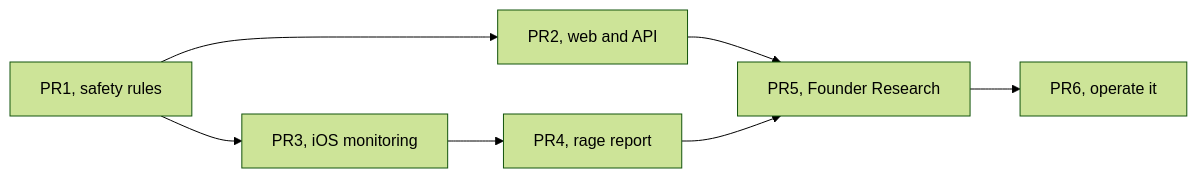
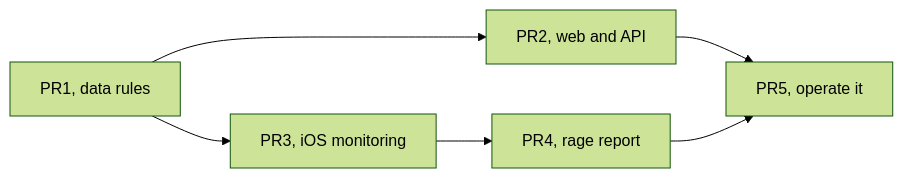
The second of 2 diagrams in docs/plans/ops-observability-rage-reports.md (sibling-shipyard/coach-hq), drawn with Mermaid (forest theme) before and after one commit. The commit also changed other lines of this file, not shown here.

````diff
--- a/docs/plans/ops-observability-rage-reports.md
+++ b/docs/plans/ops-observability-rage-reports.md
@@ -44,9 +42,8 @@
 ```mermaid
 flowchart LR
-  P1["PR1, safety rules"] --> P2["PR2, web and API"]
+  P1["PR1, data rules"] --> P2["PR2, web and API"]
   P1 --> P3["PR3, iOS monitoring"]
   P3 --> P4["PR4, rage report"]
-  P2 --> P5["PR5, Founder Research"]
+  P2 --> P5["PR5, operate it"]
   P4 --> P5
-  P5 --> P6["PR6, operate it"]
 ```
````
